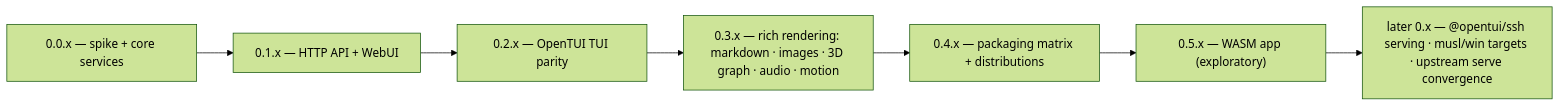
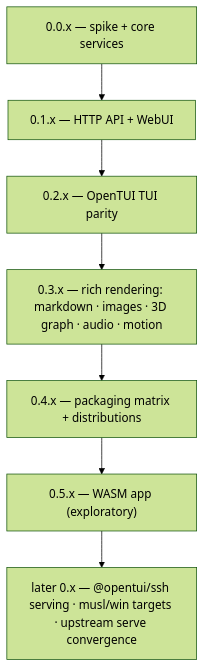
Before and after one commit to s-a-c/skills-ui: the diagram in ROADMAP.md, drawn with Mermaid (forest theme). The commit also changed other lines of this file, not shown here.

Commit message:
roadmap: 0.1.x done — absorbed into 0.0.x (S-61/S-62); active milestone 0.2.x
Also carries the pending mermaid flowchart LR→TB direction change.

````diff
--- a/ROADMAP.md
+++ b/ROADMAP.md
@@ -5,9 +5,9 @@
 ```mermaid
-flowchart LR
+flowchart TB
   M0["0.0.x — spike + core services"] --> M1["0.1.x — HTTP API + WebUI"]
   M1 --> M2["0.2.x — OpenTUI TUI parity"]
   M2 --> M3["0.3.x — rich rendering: markdown · images · 3D graph · audio · motion"]
   M3 --> M4["0.4.x — packaging matrix + distributions"]
   M4 --> M5["0.5.x — WASM app (exploratory)"]
   M5 --> MX["later 0.x — @opentui/ssh serving · musl/win targets · upstream serve convergence"]
 ```
````
